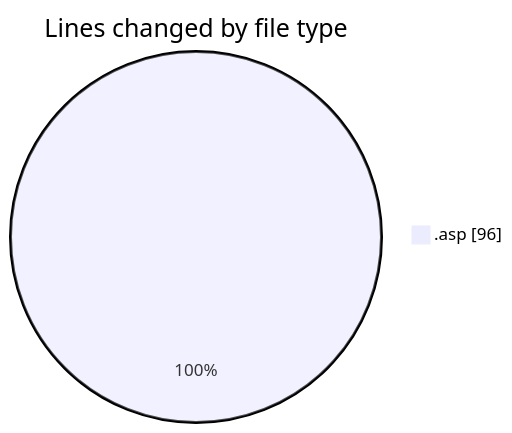
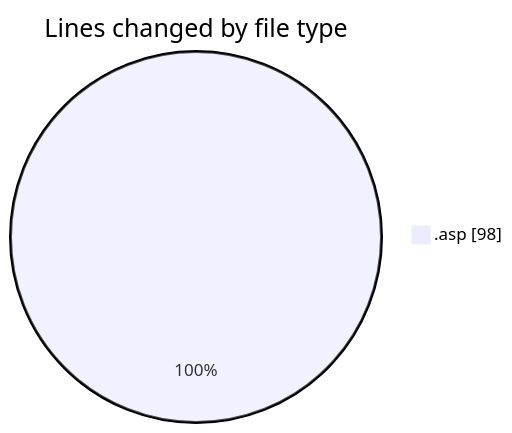
The first of 2 diagrams in 2025-11-28/cdp_aleoudev_fr__workspace_/README.md (julien-gomy/code-tracking), drawn with Mermaid before and after one commit. The commit also changed other lines of this file and 1 other file, not shown here.

````diff
--- a/2025-11-28/cdp_aleoudev_fr__workspace_/README.md
+++ b/2025-11-28/cdp_aleoudev_fr__workspace_/README.md
@@ -20,5 +21,5 @@
 ```mermaid
 pie showData
 title Lines changed by file type
-".asp" : 96
+".asp" : 98
 ```
````
